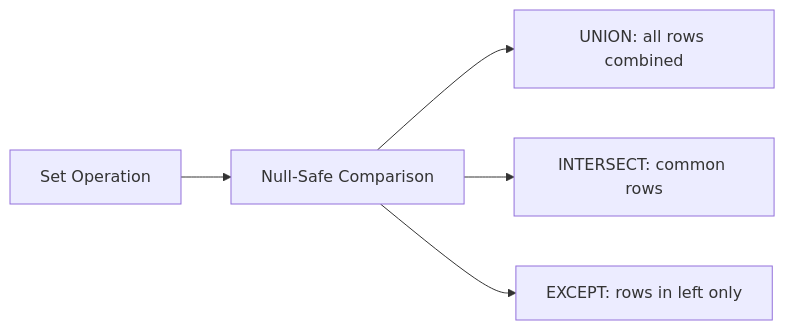
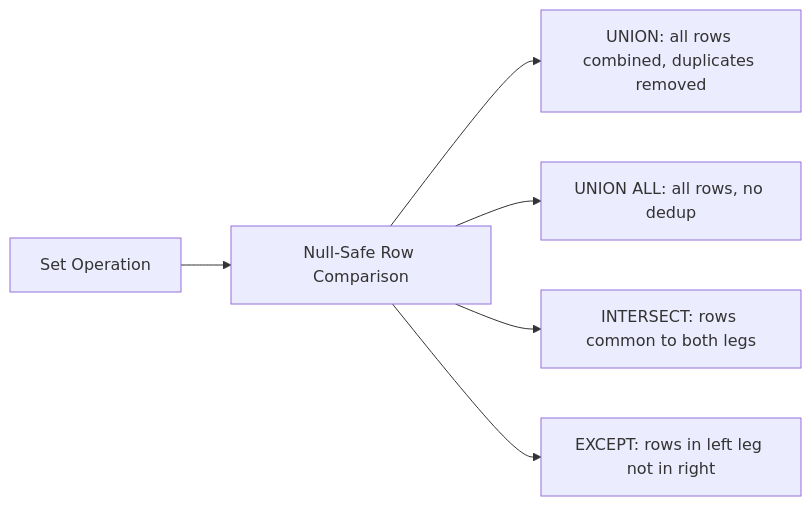
Before and after one commit to mahfooziiitian/spark-batch: the diagram in spark-sql/docs/nulls/sets.md, drawn with Mermaid. The commit also changed other lines of this file and 223 other files, not shown here.

````diff
--- a/spark-sql/docs/nulls/sets.md
+++ b/spark-sql/docs/nulls/sets.md
@@ -7,7 +9,8 @@
 ```mermaid
 graph LR
-    A["Set Operation"] --> B["Null-Safe Comparison"]
-    B --> C["UNION: all rows combined"]
-    B --> D["INTERSECT: common rows"]
-    B --> E["EXCEPT: rows in left only"]
+    A["Set Operation"] --> B["Null-Safe Row Comparison"]
+    B --> C["UNION: all rows combined, duplicates removed"]
+    B --> D["UNION ALL: all rows, no dedup"]
+    B --> E["INTERSECT: rows common to both legs"]
+    B --> F["EXCEPT: rows in left leg not in right"]
 ```
````
